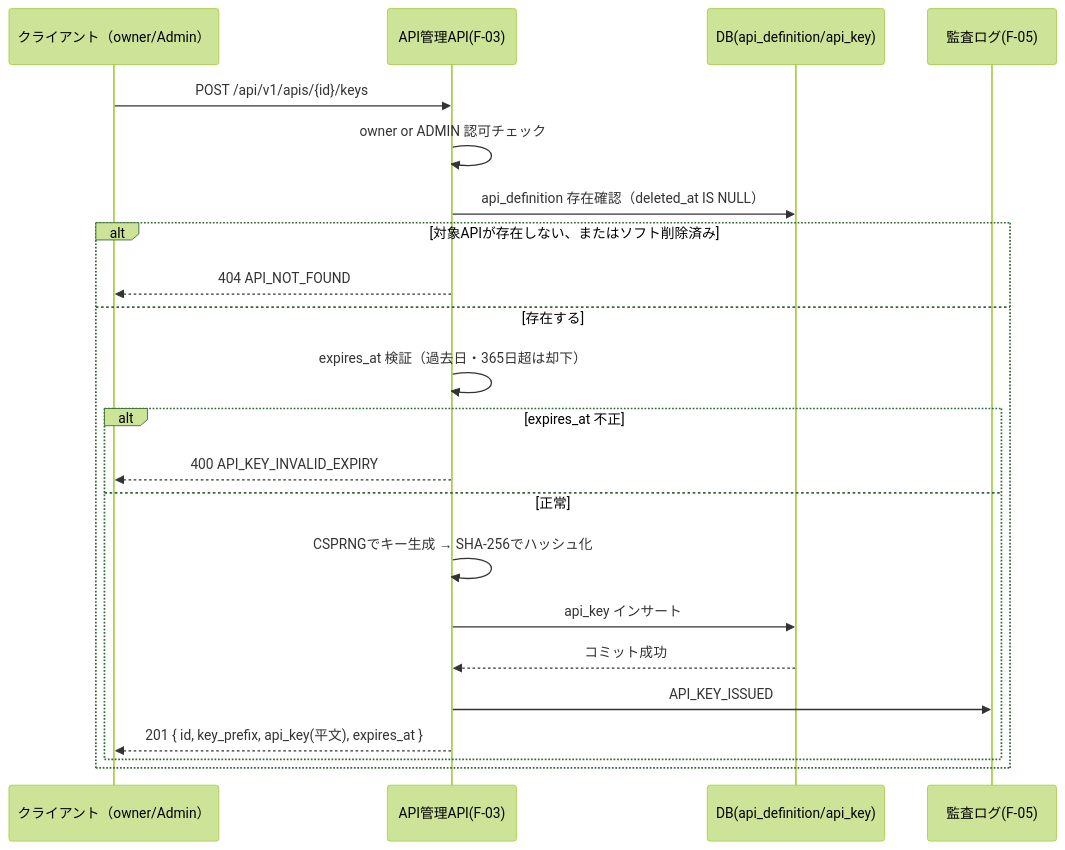
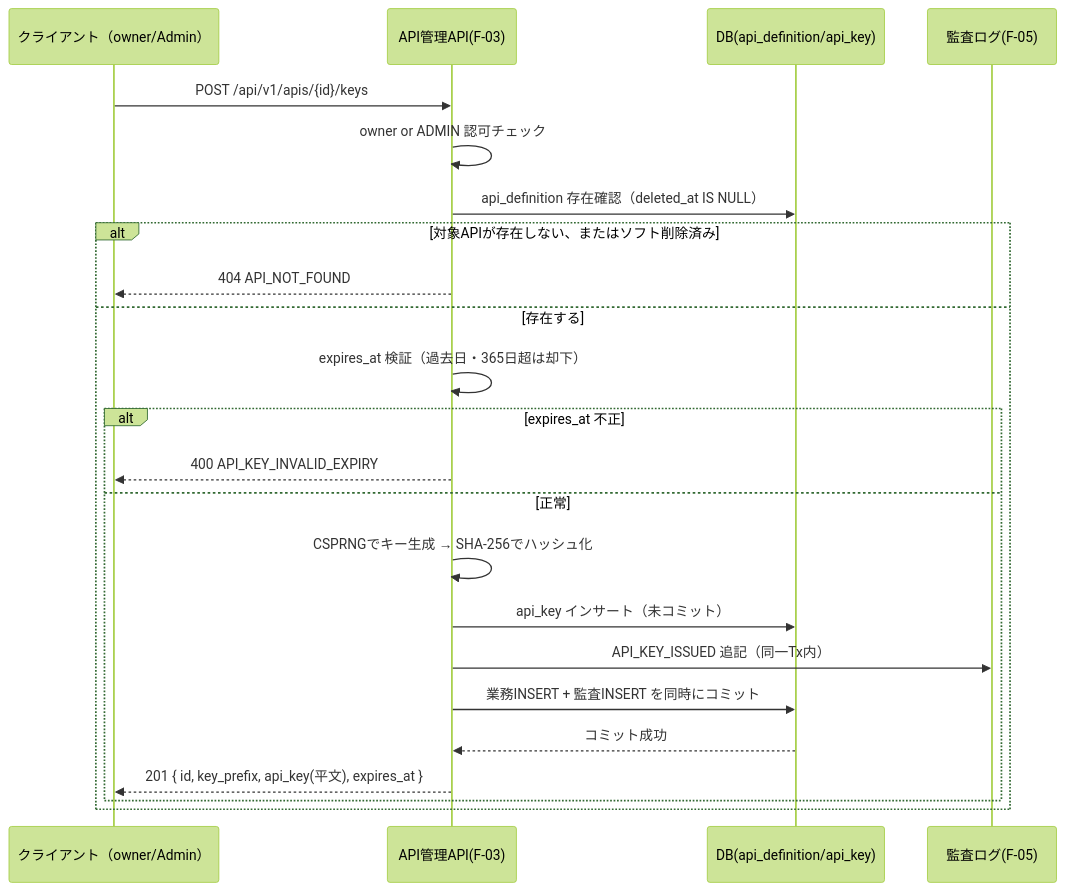
One commit to ryohei-sumii/ForgeHub changed the first of 3 diagrams in docs/design/f-03-api-management.md. Above: the diagram before and after it, drawn with Mermaid (forest theme). The commit also changed other lines of this file and 5 other files, not shown here.

````diff
--- a/docs/design/f-03-api-management.md
+++ b/docs/design/f-03-api-management.md
@@ -190,25 +191,26 @@
 ```mermaid
 sequenceDiagram
     participant C as クライアント（owner/Admin）
     participant A as API管理API(F-03)
     participant D as DB(api_definition/api_key)
     participant L as 監査ログ(F-05)
 
     C->>A: POST /api/v1/apis/{id}/keys
     A->>A: owner or ADMIN 認可チェック
     A->>D: api_definition 存在確認（deleted_at IS NULL）
     alt 対象APIが存在しない、またはソフト削除済み
         A-->>C: 404 API_NOT_FOUND
     else 存在する
         A->>A: expires_at 検証（過去日・365日超は却下）
         alt expires_at 不正
             A-->>C: 400 API_KEY_INVALID_EXPIRY
         else 正常
             A->>A: CSPRNGでキー生成 → SHA-256でハッシュ化
-            A->>D: api_key インサート
+            A->>D: api_key インサート（未コミット）
+            A->>L: API_KEY_ISSUED 追記（同一Tx内）
+            A->>D: 業務INSERT + 監査INSERT を同時にコミット
             D-->>A: コミット成功
-            A->>L: API_KEY_ISSUED
             A-->>C: 201 { id, key_prefix, api_key(平文), expires_at }
         end
     end
 ```
````
